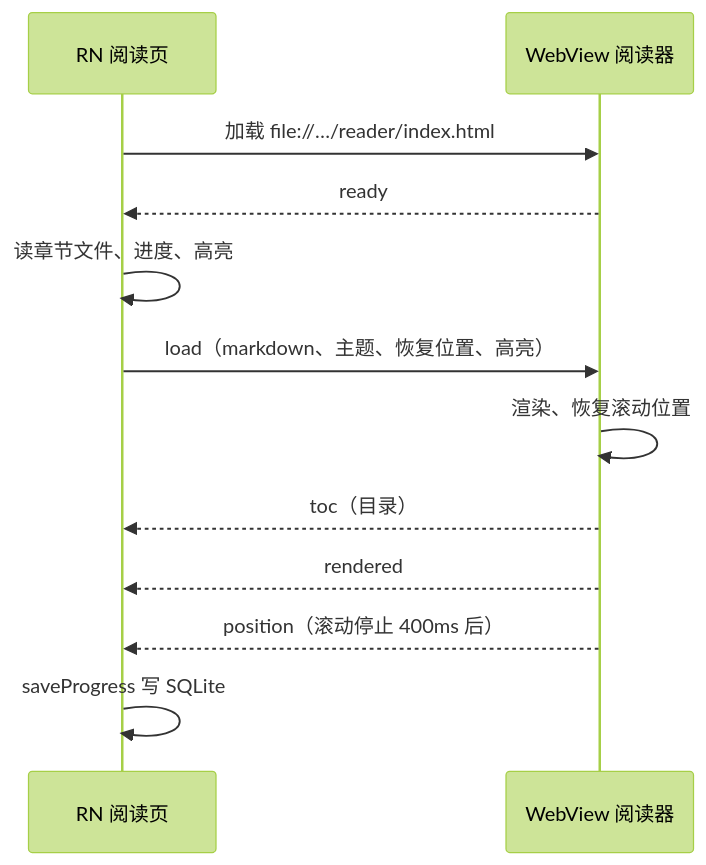
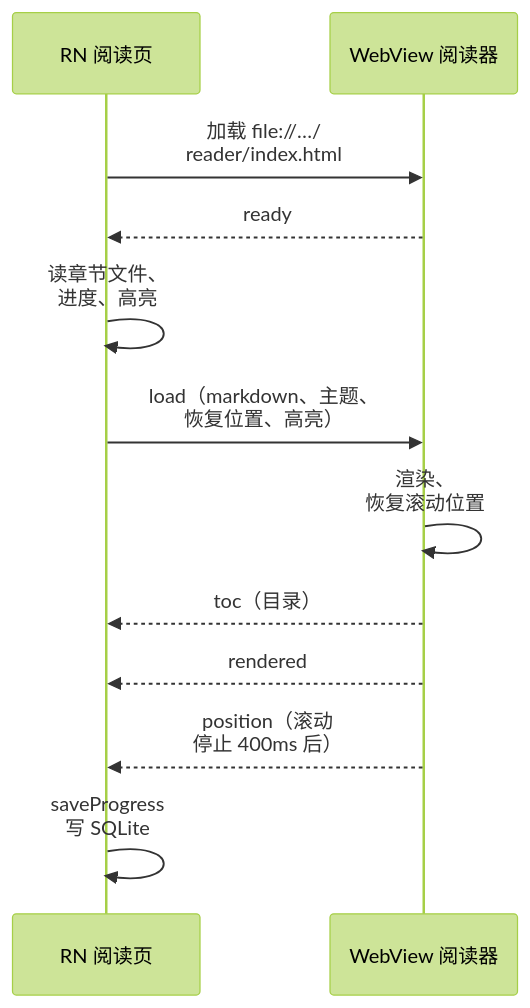
One commit to jarvis-pro/hatch-shelf changed the second of 2 diagrams in books/rn-expo/07-webview-bridge.md. Above: the diagram before and after it, drawn with Mermaid (forest theme). The commit also changed other lines of this file and 432 other files, not shown here.

````diff
--- a/books/rn-expo/07-webview-bridge.md
+++ b/books/rn-expo/07-webview-bridge.md
@@ -146,14 +146,14 @@
 ```mermaid
 sequenceDiagram
   participant RN as RN 阅读页
   participant W as WebView 阅读器
-  RN->>W: 加载 file://…/reader/index.html
+  RN->>W: 加载 file://…/<br/>reader/index.html
   W-->>RN: ready
-  RN->>RN: 读章节文件、进度、高亮
-  RN->>W: load（markdown、主题、恢复位置、高亮）
-  W->>W: 渲染、恢复滚动位置
+  RN->>RN: 读章节文件、<br/>进度、高亮
+  RN->>W: load（markdown、主题、<br/>恢复位置、高亮）
+  W->>W: 渲染、<br/>恢复滚动位置
   W-->>RN: toc（目录）
   W-->>RN: rendered
-  W-->>RN: position（滚动停止 400ms 后）
-  RN->>RN: saveProgress 写 SQLite
+  W-->>RN: position（滚动<br/>停止 400ms 后）
+  RN->>RN: saveProgress<br/>写 SQLite
 ```
````
